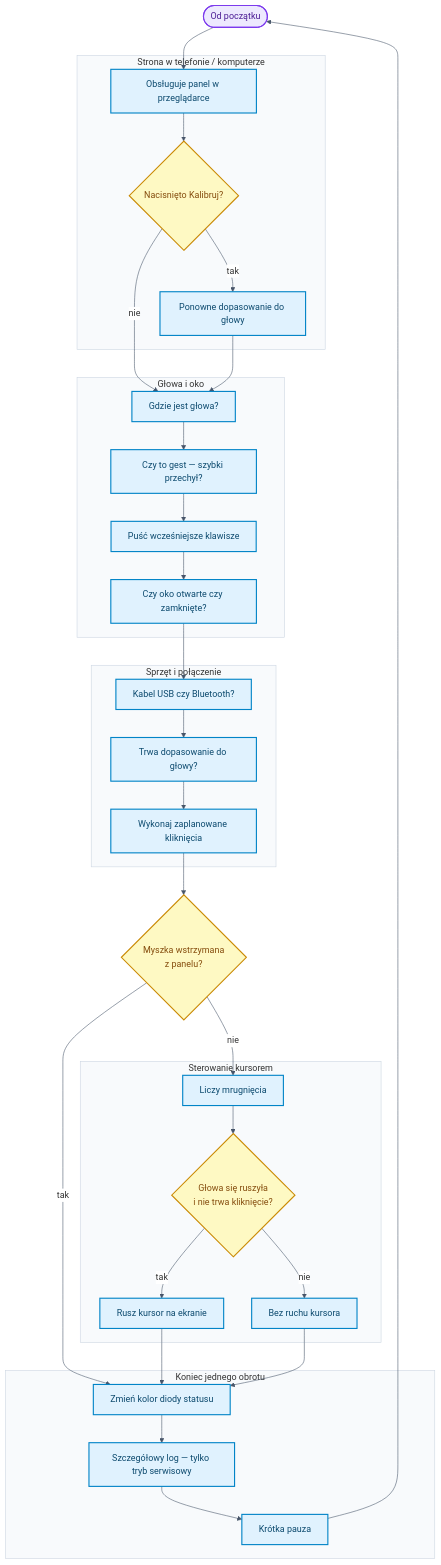
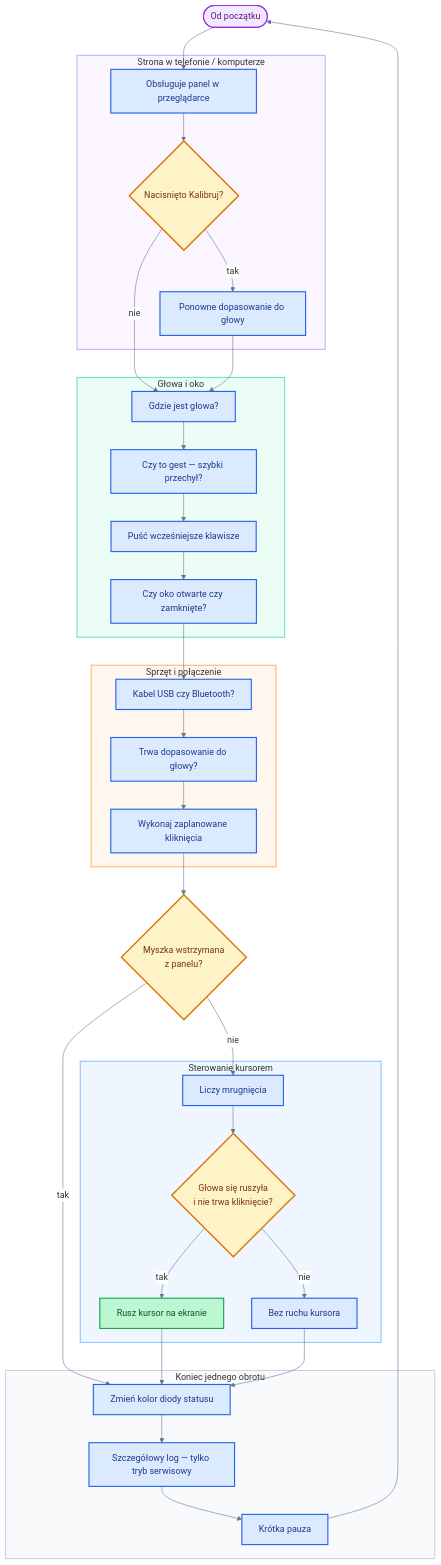
The third of 10 diagrams in README.md (bartkadres-ai/HEFAS-4.0), drawn with Mermaid before and after one commit. The commit also changed other lines of this file, not shown here.

````diff
--- a/README.md
+++ b/README.md
@@ -348,67 +355,74 @@
 ```mermaid
-%%{init: { 'theme': 'default', 'themeVariables': { 'darkMode': false, 'background': '#ffffff', 'mainBkg': '#ffffff', 'primaryColor': '#ffffff', 'secondaryColor': '#ffffff', 'tertiaryColor': '#ffffff', 'primaryTextColor': '#1e293b', 'lineColor': '#475569', 'clusterBkg': '#f8fafc', 'clusterBorder': '#cbd5e1', 'edgeLabelBackground': '#ffffff', 'noteBkgColor': '#f8fafc', 'noteTextColor': '#475569' }}}%%
+%%{init: { 'theme': 'default', 'themeVariables': { 'darkMode': false, 'background': '#ffffff', 'mainBkg': '#ffffff', 'primaryColor': '#ffffff', 'secondaryColor': '#ffffff', 'tertiaryColor': '#ffffff', 'primaryTextColor': '#1e293b', 'secondaryTextColor': '#334155', 'lineColor': '#64748b', 'primaryBorderColor': '#94a3b8', 'clusterBkg': '#f1f5f9', 'clusterBorder': '#94a3b8', 'edgeLabelBackground': '#ffffff', 'noteBkgColor': '#f8fafc', 'noteTextColor': '#475569', 'fontFamily': 'arial' }}}%%
 flowchart TD
     START([Od początku]) --> W1
 
     subgraph WEBDBG["Strona w telefonie / komputerze"]
         W1[Obsługuje panel w przeglądarce]
         W2{Nacisnięto Kalibruj?}
         W3[Ponowne dopasowanie do głowy]
         W1 --> W2
         W2 -->|tak| W3
     end
 
     W2 -->|nie| S1
     W3 --> S1
 
     subgraph SENS["Głowa i oko"]
         S1[Gdzie jest głowa?]
         S2[Czy to gest — szybki przechył?]
         S3[Puść wcześniejsze klawisze]
         S4[Czy oko otwarte czy zamknięte?]
         S1 --> S2 --> S3 --> S4
     end
 
     S4 --> Y1
 
     subgraph SYS["Sprzęt i połączenie"]
         Y1[Kabel USB czy Bluetooth?]
         Y2[Trwa dopasowanie do głowy?]
         Y3[Wykonaj zaplanowane kliknięcia]
         Y1 --> Y2 --> Y3
     end
 
     Y3 --> PAUZA{Myszka wstrzymana<br/>z panelu?}
 
     PAUZA -->|nie| A1
     PAUZA -->|tak| L1
 
     subgraph ACT["Sterowanie kursorem"]
         A1[Liczy mrugnięcia]
         A2{Głowa się ruszyła<br/>i nie trwa kliknięcie?}
         A3[Rusz kursor na ekranie]
         A4[Bez ruchu kursora]
         A1 --> A2
         A2 -->|tak| A3
         A2 -->|nie| A4
     end
 
     A3 --> L1
     A4 --> L1
 
     subgraph KONIEC["Koniec jednego obrotu"]
         L1[Zmień kolor diody statusu]
         L2[Szczegółowy log — tylko tryb serwisowy]
         L3[Krótka pauza]
         L1 --> L2 --> L3
     end
 
     L3 --> START
 
-    classDef startEnd fill:#ede9fe,stroke:#7c3aed,stroke-width:2px,color:#4c1d95
-    classDef process fill:#e0f2fe,stroke:#0284c7,stroke-width:2px,color:#0c4a6e
-    classDef decision fill:#fef9c3,stroke:#ca8a04,stroke-width:2px,color:#854d0e
+    classDef startEnd fill:#f3e8ff,stroke:#9333ea,stroke-width:2px,color:#581c87
+    classDef process fill:#dbeafe,stroke:#2563eb,stroke-width:2px,color:#1e3a8a
+    classDef decision fill:#fef3c7,stroke:#d97706,stroke-width:2.5px,color:#78350f
+    classDef success fill:#bbf7d0,stroke:#16a34a,stroke-width:2px,color:#14532d
     class START startEnd
-    class W1,W3,S1,S2,S3,S4,Y1,Y2,Y3,A1,A3,A4,L1,L2,L3 process
+    class W1,W3,S1,S2,S3,S4,Y1,Y2,Y3,A1,A4,L1,L2,L3 process
     class W2,PAUZA,A2 decision
+    class A3 success
+    style WEBDBG fill:#faf5ff,stroke:#c4b5fd,stroke-width:2px
+    style SENS fill:#ecfdf5,stroke:#6ee7b7,stroke-width:2px
+    style SYS fill:#fff7ed,stroke:#fdba74,stroke-width:2px
+    style ACT fill:#eff6ff,stroke:#93c5fd,stroke-width:2px
+    style KONIEC fill:#f8fafc,stroke:#cbd5e1,stroke-width:2px
 ```
````
